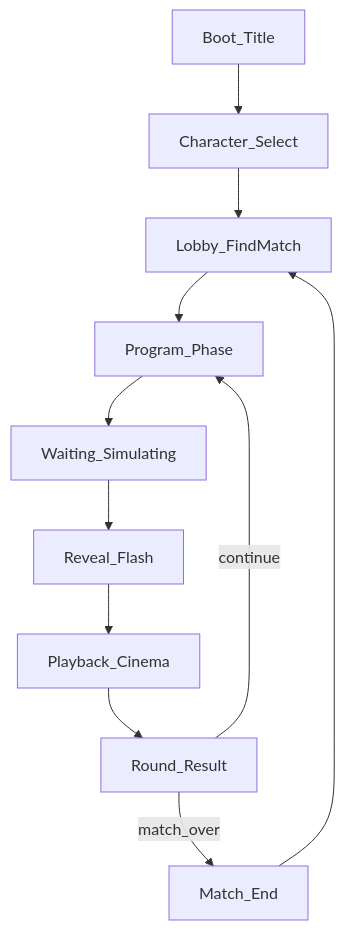
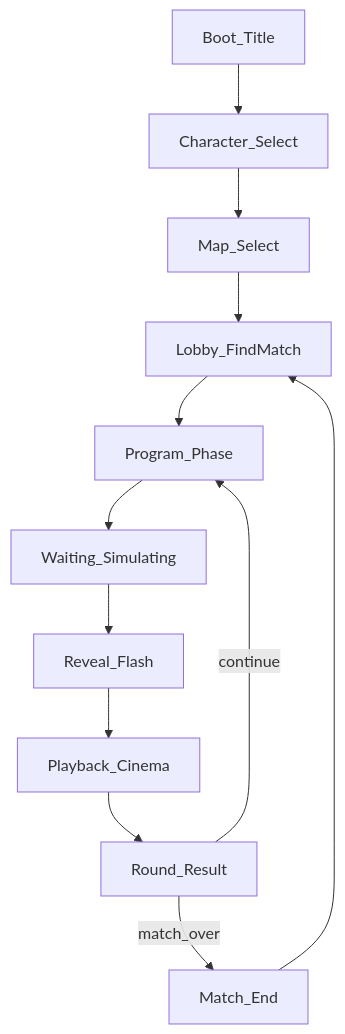
Before and after one commit to XinYe12/logiCard: the diagram in docs/UI_FLOW.md, drawn with Mermaid. The commit also changed other lines of this file and 4 other files, not shown here.

First line of the commit message:
Log C58/C59: vibrancy recolor pass + map-select UI, worker slots closed

````diff
--- a/docs/UI_FLOW.md
+++ b/docs/UI_FLOW.md
@@ -14,14 +14,15 @@
 ```mermaid
 flowchart TD
   boot[Boot_Title]
   boot --> charSelect[Character_Select]
-  charSelect --> lobby[Lobby_FindMatch]
+  charSelect --> mapSelect[Map_Select]
+  mapSelect --> lobby[Lobby_FindMatch]
   lobby --> program[Program_Phase]
   program --> waiting[Waiting_Simulating]
   waiting --> reveal[Reveal_Flash]
   reveal --> playback[Playback_Cinema]
   playback --> result[Round_Result]
   result -->|continue| program
   result -->|match_over| endScreen[Match_End]
   endScreen --> lobby
 ```
````
